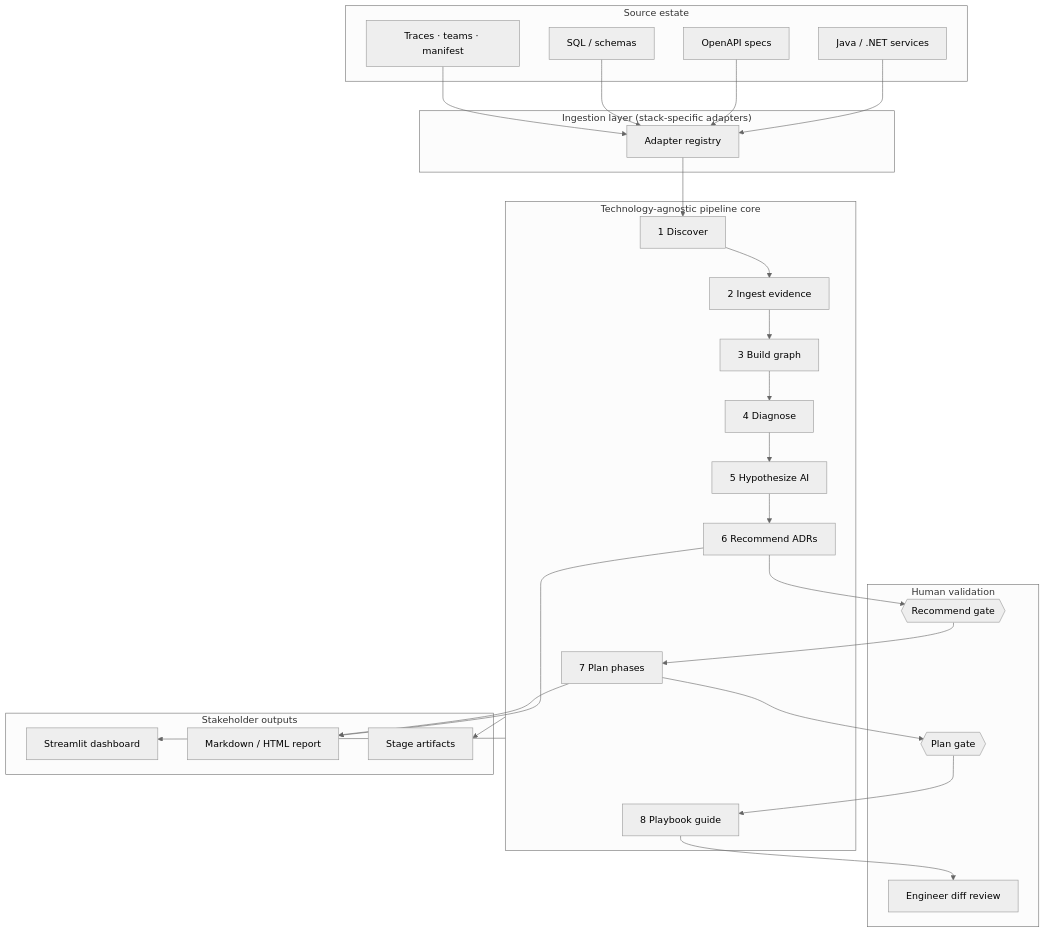
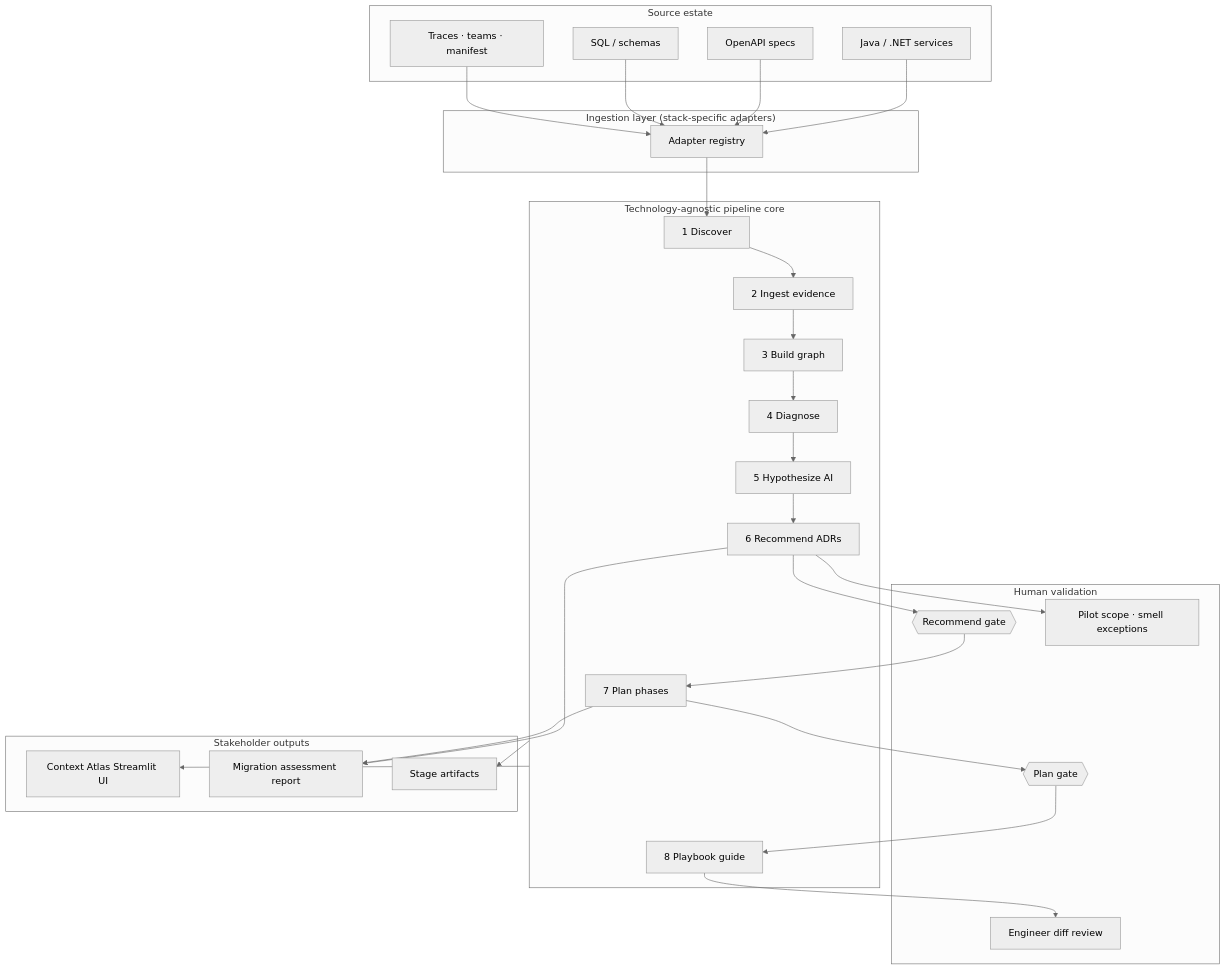
The first of 6 diagrams in docs/stakeholder-presentation.md (bsinha/AI_Driven_Project_Migration), drawn with Mermaid (neutral theme) before and after one commit. The commit also changed other lines of this file and 7 other files, not shown here.

Commit message:
added name Context Atlas and added logo as well

````diff
--- a/docs/stakeholder-presentation.md
+++ b/docs/stakeholder-presentation.md
@@ -62,47 +76,49 @@
 ```mermaid
 flowchart TB
     subgraph Sources["Source estate"]
         CODE[Java / .NET services]
         API[OpenAPI specs]
         DB[SQL / schemas]
         META[Traces · teams · manifest]
     end
 
     subgraph Ingestion["Ingestion layer (stack-specific adapters)"]
         ADAPT[Adapter registry]
     end
 
     subgraph Core["Technology-agnostic pipeline core"]
         DISC[1 Discover]
         ING[2 Ingest evidence]
         GRAPH[3 Build graph]
         DIAG[4 Diagnose]
         HYP[5 Hypothesize AI]
         REC[6 Recommend ADRs]
         PLAN[7 Plan phases]
         PLAY[8 Playbook guide]
     end
 
     subgraph Human["Human validation"]
         GATE1{{Recommend gate}}
         GATE2{{Plan gate}}
+        SCOPE[Pilot scope · smell exceptions]
         ENG[Engineer diff review]
     end
 
     subgraph Outputs["Stakeholder outputs"]
-        UI[Streamlit dashboard]
-        RPT[Markdown / HTML report]
+        UI[Context Atlas Streamlit UI]
+        RPT[Migration assessment report]
         ART[Stage artifacts]
     end
 
     CODE --> ADAPT
     API --> ADAPT
     DB --> ADAPT
     META --> ADAPT
     ADAPT --> DISC --> ING --> GRAPH --> DIAG --> HYP --> REC --> GATE1 --> PLAN --> GATE2 --> PLAY
+    REC --> SCOPE
     PLAY --> ENG
     REC --> RPT
     PLAN --> RPT
     Core --> UI
     Core --> ART
 ```
````
